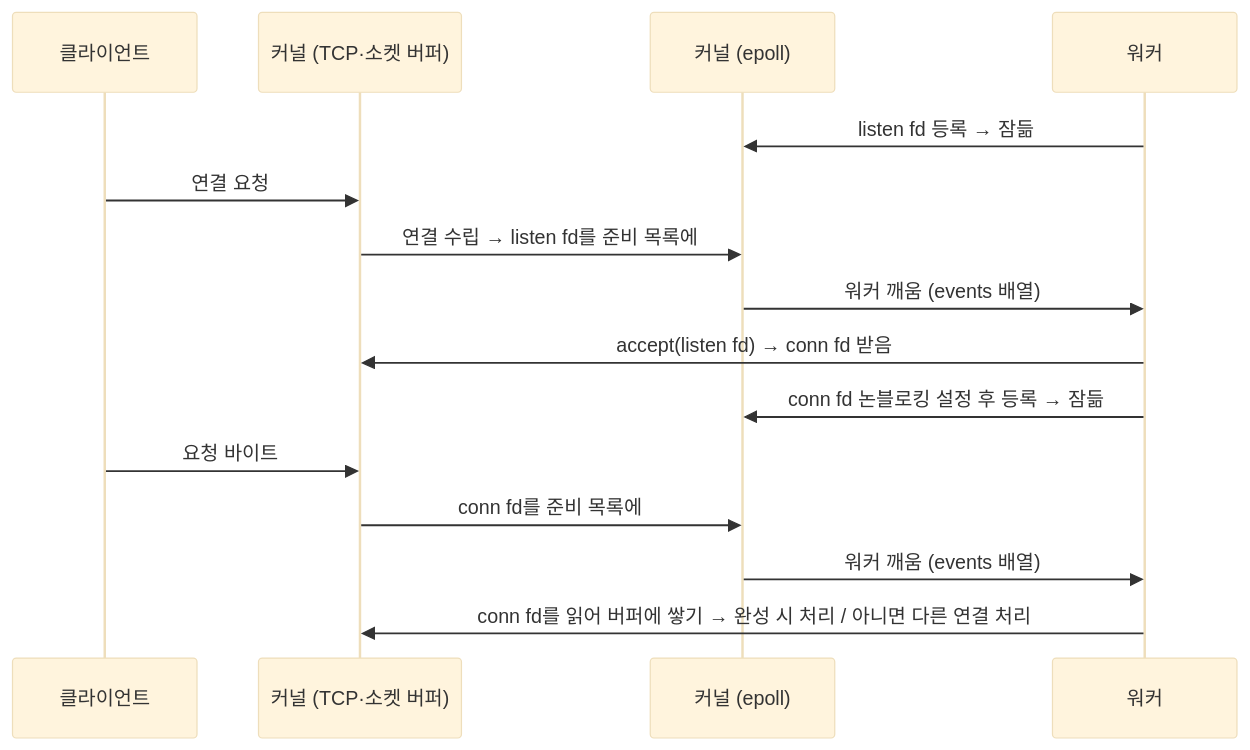
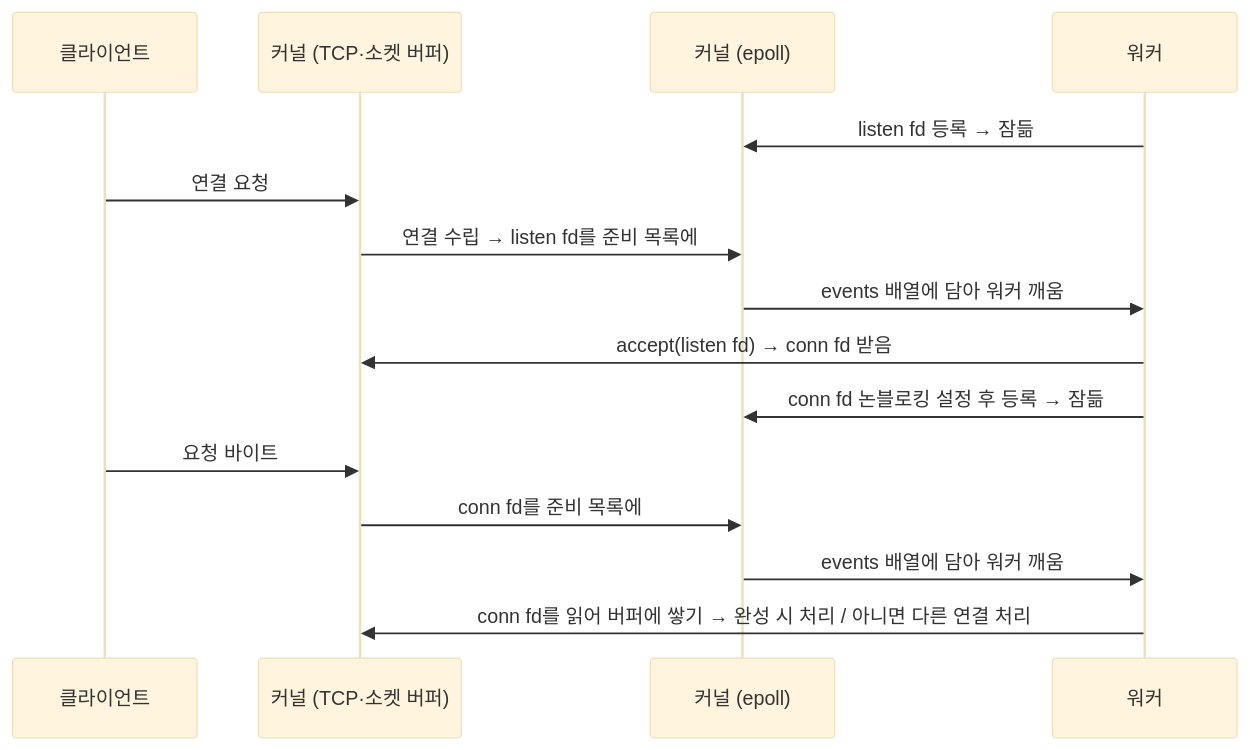
Before and after one commit to choimoohun/SW-AI-W13-Web-Server: the first of 2 diagrams in README.md, drawn with Mermaid (base theme).

````diff
--- a/README.md
+++ b/README.md
@@ -43,20 +43,20 @@
 ```mermaid
 sequenceDiagram
     participant C as 클라이언트
     participant K as 커널 (TCP·소켓 버퍼)
     participant E as 커널 (epoll)
     participant W as 워커
 
     W->>E: listen fd 등록 → 잠듦
 
     C->>K: 연결 요청
     K->>E: 연결 수립 → listen fd를 준비 목록에
-    E->>W: 워커 깨움 (events 배열)
+    E->>W: events 배열에 담아 워커 깨움
     W->>K: accept(listen fd) → conn fd 받음
     W->>E: conn fd 논블로킹 설정 후 등록 → 잠듦
 
     C->>K: 요청 바이트
     K->>E: conn fd를 준비 목록에
-    E->>W: 워커 깨움 (events 배열)
+    E->>W: events 배열에 담아 워커 깨움
     W->>K: conn fd를 읽어 버퍼에 쌓기 → 완성 시 처리 / 아니면 다른 연결 처리
 ```
````
